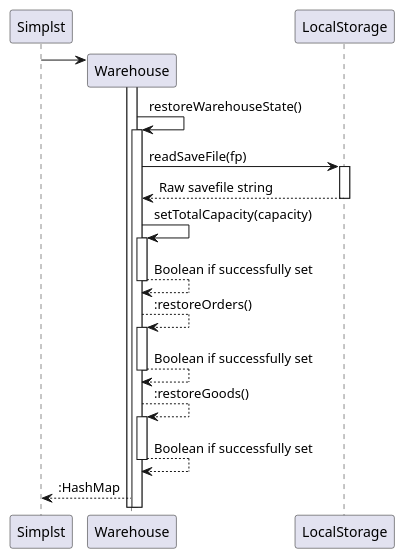
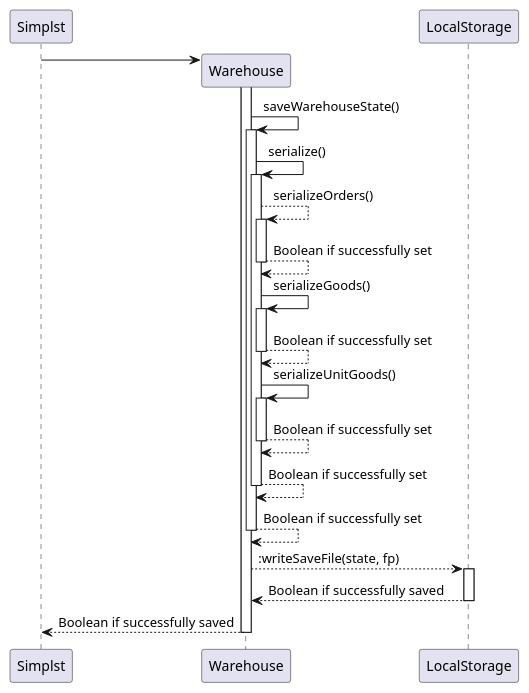
One commit to nus-cs2113-AY2122S2/tp changed the diagram in docs/diagrams/LocalStorage/SerializeSequence.puml. Above: the diagram before and after it, drawn with PlantUML. The commit also changed 2 other files, not shown here.

Commit message:
Added diagrams

```diff
--- a/docs/diagrams/LocalStorage/SerializeSequence.puml
+++ b/docs/diagrams/LocalStorage/SerializeSequence.puml
@@ -1,21 +1,24 @@
 @startuml
 'https://plantuml.com/sequence-diagram
 
 participant Simplst as S
 participant Warehouse as w
 participant LocalStorage as ls
 
 create w
 S -> w
 activate w
-w -> w ++ : restoreWarehouseState()
-w -> ls ++ : readSaveFile(fp)
-ls --> w -- : Raw savefile string
-w -> w ++ : setTotalCapacity(capacity)
+w -> w ++ : saveWarehouseState()
+w -> w ++ : serialize()
+w --> w ++ : serializeOrders()
 w --> w -- : Boolean if successfully set
-w --> w ++ : :restoreOrders()
+w -> w ++ : serializeGoods()
 w --> w -- : Boolean if successfully set
-w --> w ++ : :restoreGoods()
+w -> w ++ : serializeUnitGoods()
 w --> w -- : Boolean if successfully set
-w --> S : :HashMap
+w --> w -- : Boolean if successfully set
+w --> w -- : Boolean if successfully set
+w --> ls ++ : :writeSaveFile(state, fp)
+ls --> w -- : Boolean if successfully saved
+w --> S -- : Boolean if successfully saved
 @enduml
```
